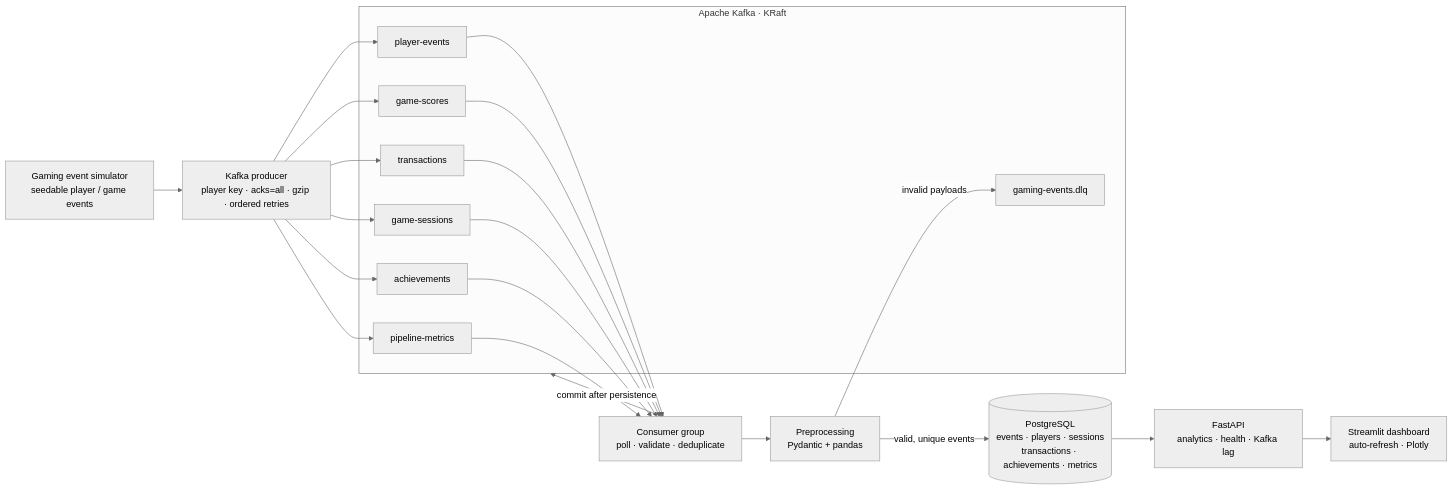
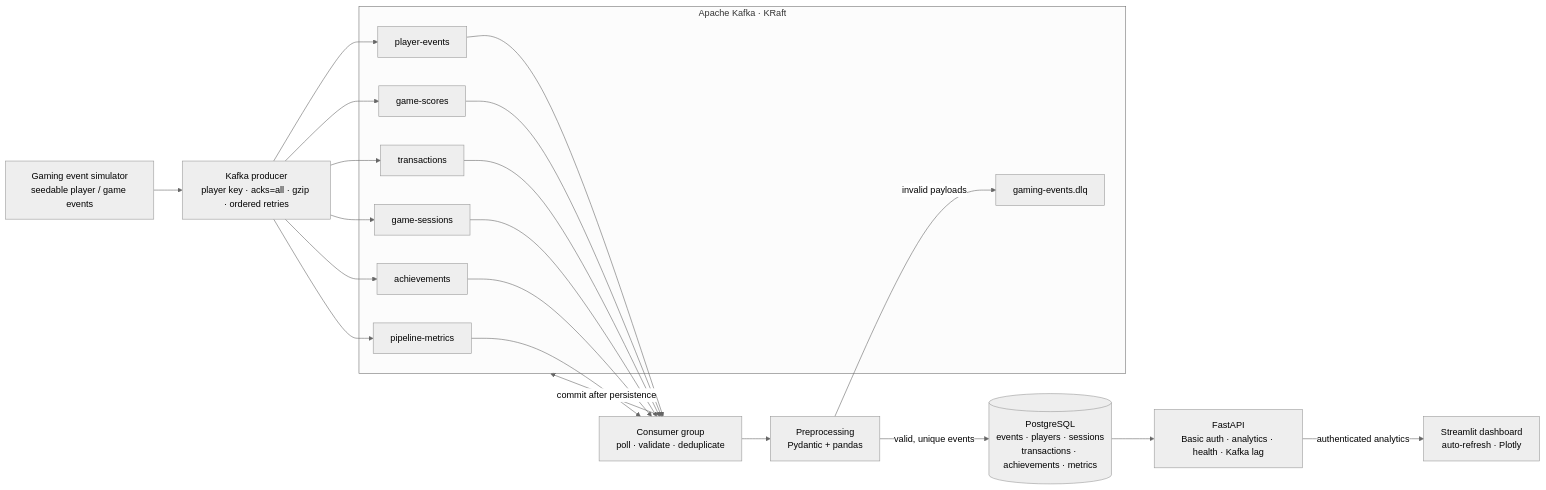
One commit to THARUN-RK/ONLINE-SOLUTION changed the first of 4 diagrams in docs/architecture.md. Above: the diagram before and after it, drawn with Mermaid (neutral theme). The commit also changed 16 other files, not shown here.

````diff
--- a/docs/architecture.md
+++ b/docs/architecture.md
@@ -11,38 +11,38 @@
 ```mermaid
 flowchart LR
     SIM["Gaming event simulator<br/>seedable player / game events"]
     PRODUCER["Kafka producer<br/>player key · acks=all · gzip · ordered retries"]
     subgraph KAFKA["Apache Kafka · KRaft"]
         P["player-events"]
         S["game-scores"]
         T["transactions"]
         G["game-sessions"]
         A["achievements"]
         M["pipeline-metrics"]
         D["gaming-events.dlq"]
     end
     CONSUMER["Consumer group<br/>poll · validate · deduplicate"]
     PRE["Preprocessing<br/>Pydantic + pandas"]
     DB[("PostgreSQL<br/>events · players · sessions<br/>transactions · achievements · metrics")]
-    API["FastAPI<br/>analytics · health · Kafka lag"]
+    API["FastAPI<br/>Basic auth · analytics · health · Kafka lag"]
     DASH["Streamlit dashboard<br/>auto-refresh · Plotly"]
     SIM --> PRODUCER
     PRODUCER --> P
     PRODUCER --> S
     PRODUCER --> T
     PRODUCER --> G
     PRODUCER --> A
     PRODUCER --> M
     P --> CONSUMER
     S --> CONSUMER
     T --> CONSUMER
     G --> CONSUMER
     A --> CONSUMER
     M --> CONSUMER
     CONSUMER --> PRE
     PRE -->|valid, unique events| DB
     PRE -->|invalid payloads| D
     CONSUMER -->|commit after persistence| KAFKA
     DB --> API
-    API --> DASH
+    API -->|authenticated analytics| DASH
 ```
````
